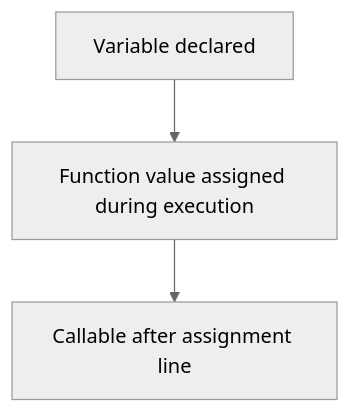
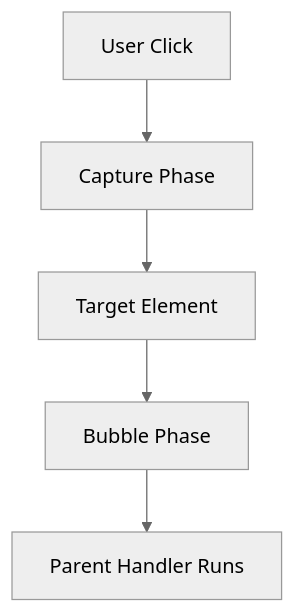
One commit to AbhishekDhone7/javascript-git-basics changed diagram 11 of 16 in JavaScript-Beginners-Guide.md. Above: the diagram before and after it, drawn with Mermaid (neutral theme). The commit also changed other lines of this file and 1 other file, not shown here.

````diff
--- a/JavaScript-Beginners-Guide.md
+++ b/JavaScript-Beginners-Guide.md
@@ -839,5 +803,7 @@
 ```mermaid
 flowchart TD
-A[Variable declared] --> B[Function value assigned during execution]
-B --> C[Callable after assignment line]
+A[User Click] --> B[Capture Phase]
+B --> C[Target Element]
+C --> D[Bubble Phase]
+D --> E[Parent Handler Runs]
 ```
````
